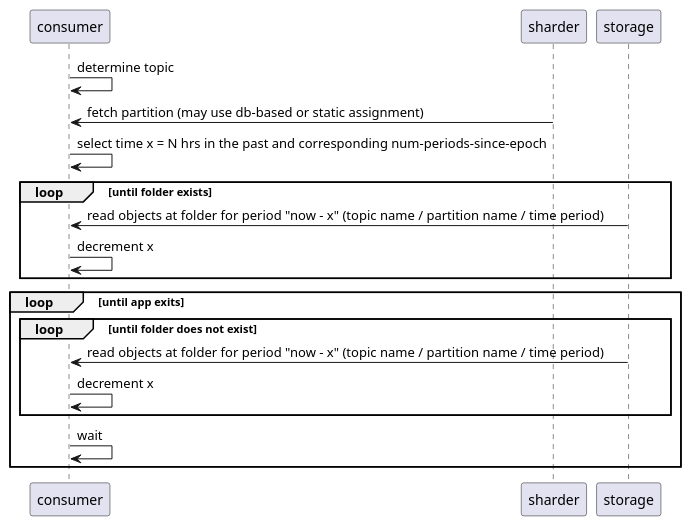
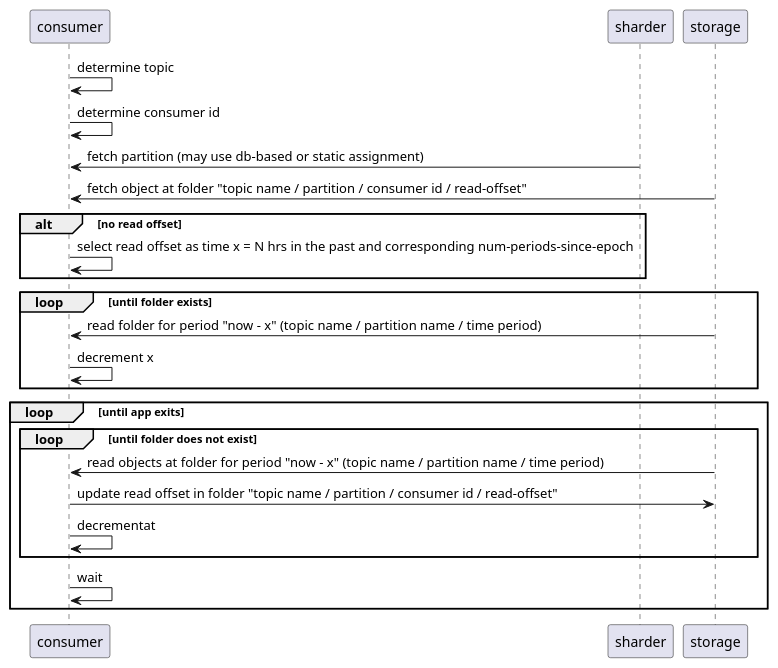
The diagram in diagrams/msgstore/msg-consume.puml (codeperfector/diagrams), drawn with PlantUML before and after one commit.

Commit message:
diagrams

```diff
--- a/diagrams/msgstore/msg-consume.puml
+++ b/diagrams/msgstore/msg-consume.puml
@@ -1,22 +1,30 @@
 @startuml
 
 consumer -> consumer: determine topic
+consumer -> consumer: determine consumer id
 consumer <- sharder: fetch partition (may use db-based or static assignment)
-consumer -> consumer: select time x = N hrs in the past and corresponding num-periods-since-epoch
+
+consumer <- storage: fetch object at folder "topic name / partition / consumer id / read-offset"
+
+alt no read offset
+    consumer -> consumer: select read offset as time x = N hrs in the past and corresponding num-periods-since-epoch
+end alt
+
 loop until folder exists
-    consumer <- storage: read objects at folder for period "now - x" (topic name / partition name / time period)
+    consumer <- storage: read folder for period "now - x" (topic name / partition name / time period)
     consumer -> consumer: decrement x
 end loop
 
 loop until app exits
 
     loop until folder does not exist
         consumer <- storage: read objects at folder for period "now - x" (topic name / partition name / time period)
-        consumer -> consumer: decrement x
+        consumer -> storage: update read offset in folder "topic name / partition / consumer id / read-offset"
+        consumer -> consumer: decrementat
     end loop
 
     consumer -> consumer: wait
 end loop
 
 
 @enduml
```
